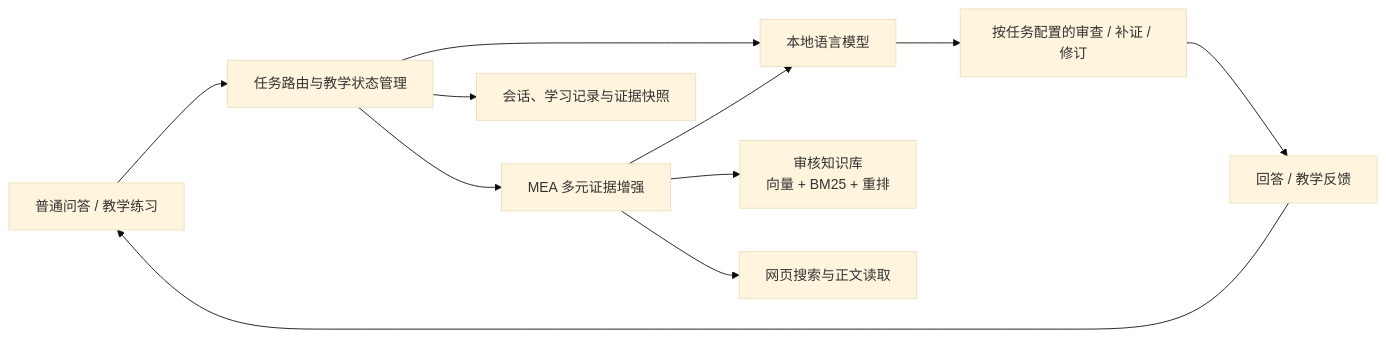
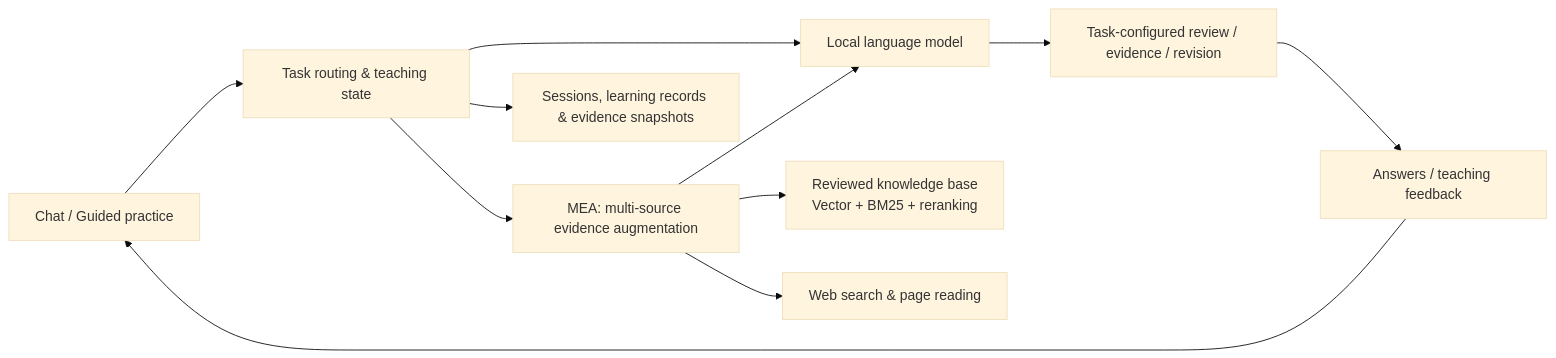
One commit to yangzhicheng12138/MDRPI-TRACE changed the diagram in README.md. Above: the diagram before and after it, drawn with Mermaid (base theme). The commit also changed other lines of this file and 30 other files, not shown here.

````diff
--- a/README.md
+++ b/README.md
@@ -112,13 +120,13 @@
 ```mermaid
 flowchart LR
-    UI[普通问答 / 教学练习] --> Agent[任务路由与教学状态管理]
-    Agent --> LLM[本地语言模型]
-    Agent --> Evidence[MEA 多元证据增强]
-    Evidence --> KB[审核知识库\n向量 + BM25 + 重排]
-    Evidence --> Web[网页搜索与正文读取]
+    UI[Chat / Guided practice] --> Agent[Task routing & teaching state]
+    Agent --> LLM[Local language model]
+    Agent --> Evidence[MEA: multi-source evidence augmentation]
+    Evidence --> KB[Reviewed knowledge base<br/>Vector + BM25 + reranking]
+    Evidence --> Web[Web search & page reading]
     Evidence --> LLM
-    LLM --> Review[按任务配置的审查 / 补证 / 修订]
-    Review --> Output[回答 / 教学反馈]
+    LLM --> Review[Task-configured review / evidence / revision]
+    Review --> Output[Answers / teaching feedback]
     Output --> UI
-    Agent --> Store[会话、学习记录与证据快照]
+    Agent --> Store[Sessions, learning records & evidence snapshots]
 ```
````
